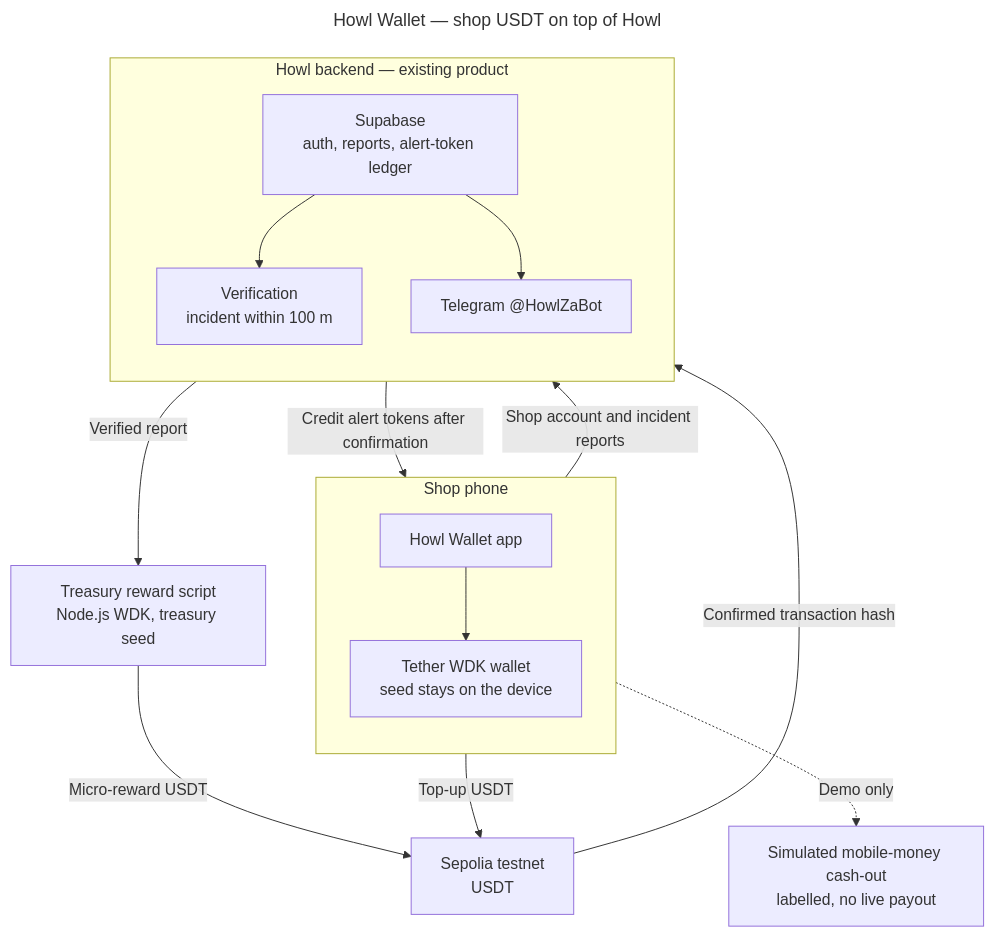
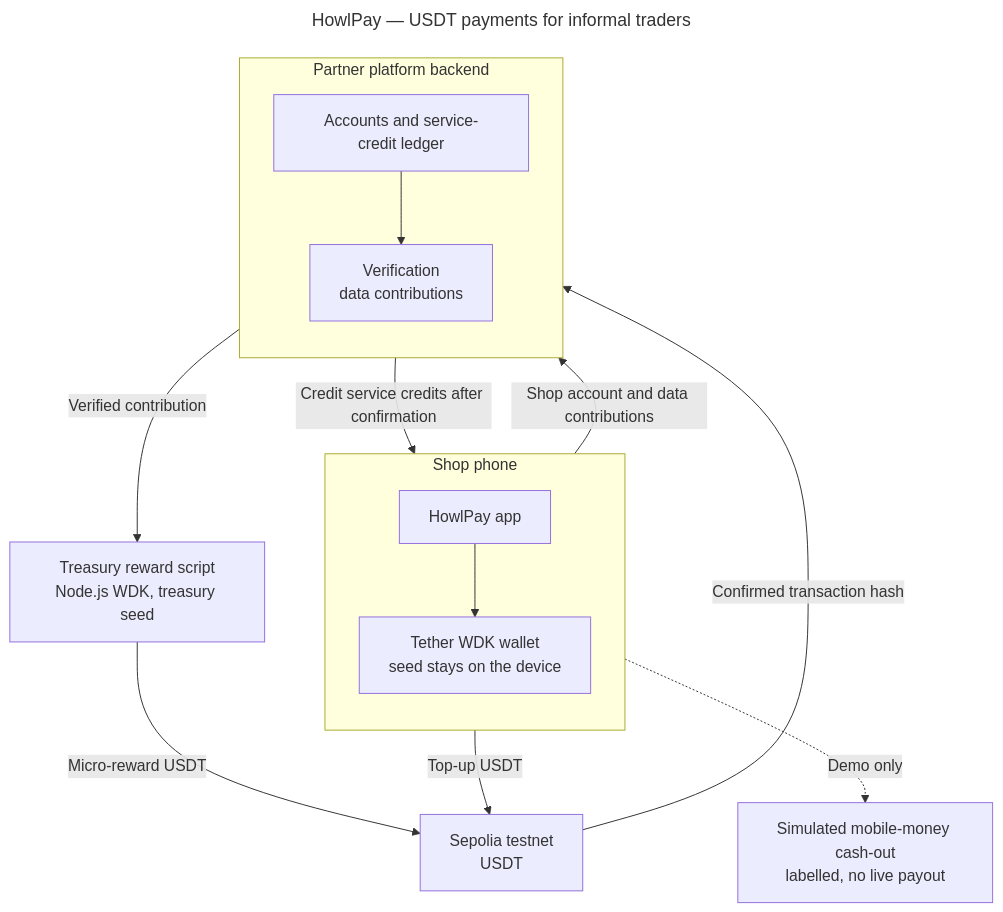
One commit to MrFriedman/w3node_2026 changed the first of 3 diagrams in docs/architecture.md. Above: the diagram before and after it, drawn with Mermaid. The commit also changed other lines of this file and 17 other files, not shown here.

First line of the commit message:
Rename the public project to HowlPay.

````diff
--- a/docs/architecture.md
+++ b/docs/architecture.md
@@ -11,33 +13,31 @@
 ```mermaid
 ---
-title: Howl Wallet — shop USDT on top of Howl
+title: HowlPay — USDT payments for informal traders
 ---
 flowchart TB
   subgraph shopPhone ["Shop phone"]
     direction TB
-    ui["Howl Wallet app"]
+    ui["HowlPay app"]
     wdk["Tether WDK wallet<br/>seed stays on the device"]
     ui --> wdk
   end
 
-  subgraph howlBackend ["Howl backend — existing product"]
+  subgraph partnerBackend ["Partner platform backend"]
     direction TB
-    supa["Supabase<br/>auth, reports, alert-token ledger"]
-    verify["Verification<br/>incident within 100 m"]
-    telegram["Telegram @HowlZaBot"]
-    supa --> verify
-    supa --> telegram
+    api["Accounts and service-credit ledger"]
+    verify["Verification<br/>data contributions"]
+    api --> verify
   end
 
   treasury["Treasury reward script<br/>Node.js WDK, treasury seed"]
   chain["Sepolia testnet<br/>USDT"]
   cash["Simulated mobile-money cash-out<br/>labelled, no live payout"]
 
-  ui -->|"Shop account and incident reports"| supa
-  verify -->|"Verified report"| treasury
+  ui -->|"Shop account and data contributions"| api
+  verify -->|"Verified contribution"| treasury
   wdk -->|"Top-up USDT"| chain
   treasury -->|"Micro-reward USDT"| chain
-  chain -->|"Confirmed transaction hash"| supa
-  supa -->|"Credit alert tokens after confirmation"| ui
+  chain -->|"Confirmed transaction hash"| api
+  api -->|"Credit service credits after confirmation"| ui
   ui -.->|"Demo only"| cash
 ```
````
